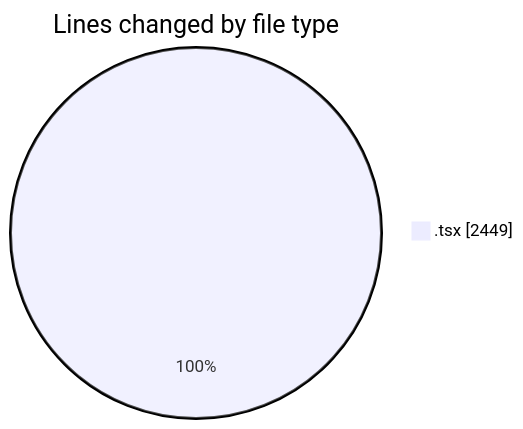
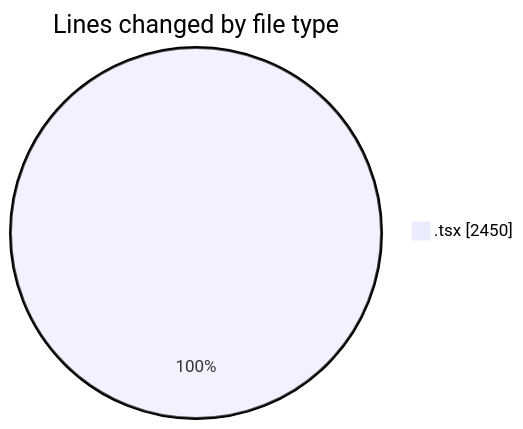
The first of 2 diagrams in 2026-02-21/nxtqube_webapp/README.md (nxtqubesakshisongat/code-tracking), drawn with Mermaid before and after one commit. The commit also changed other lines of this file and 1 other file, not shown here.

````diff
--- a/2026-02-21/nxtqube_webapp/README.md
+++ b/2026-02-21/nxtqube_webapp/README.md
@@ -20,5 +20,5 @@
 ```mermaid
 pie showData
 title Lines changed by file type
-".tsx" : 2449
+".tsx" : 2450
 ```
````
